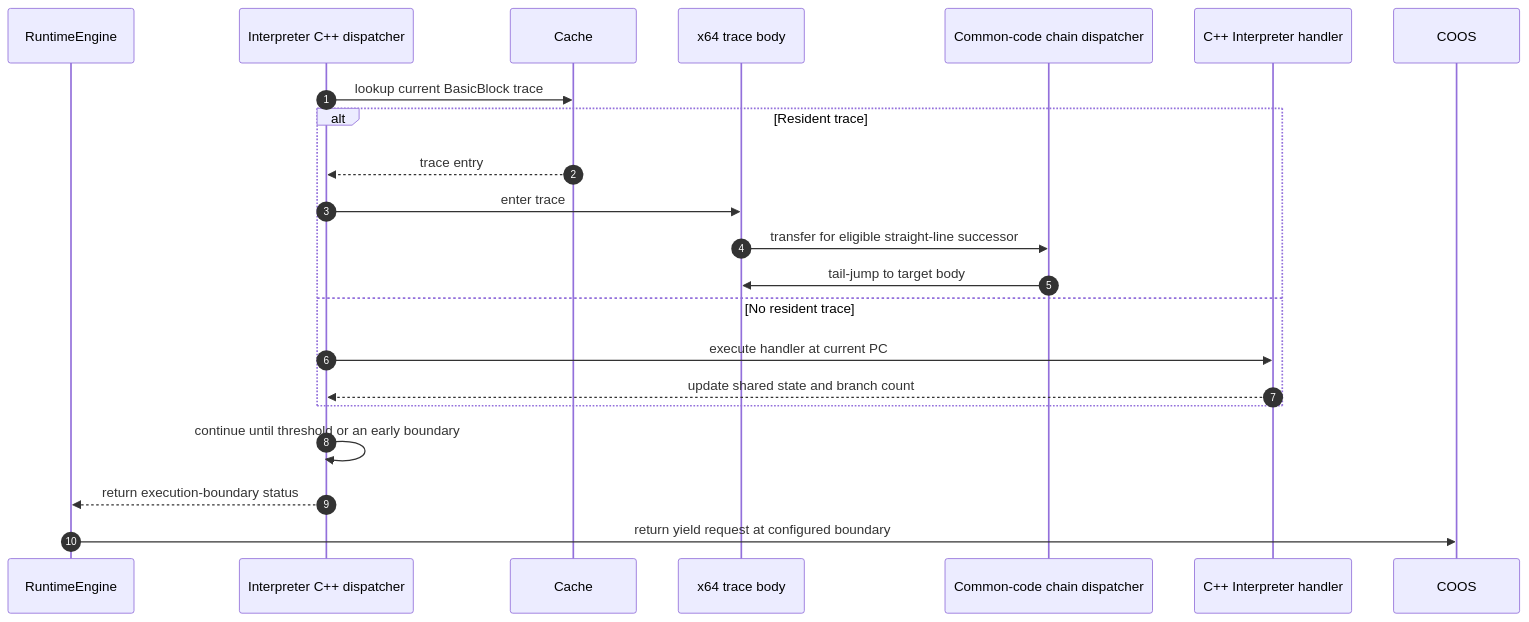
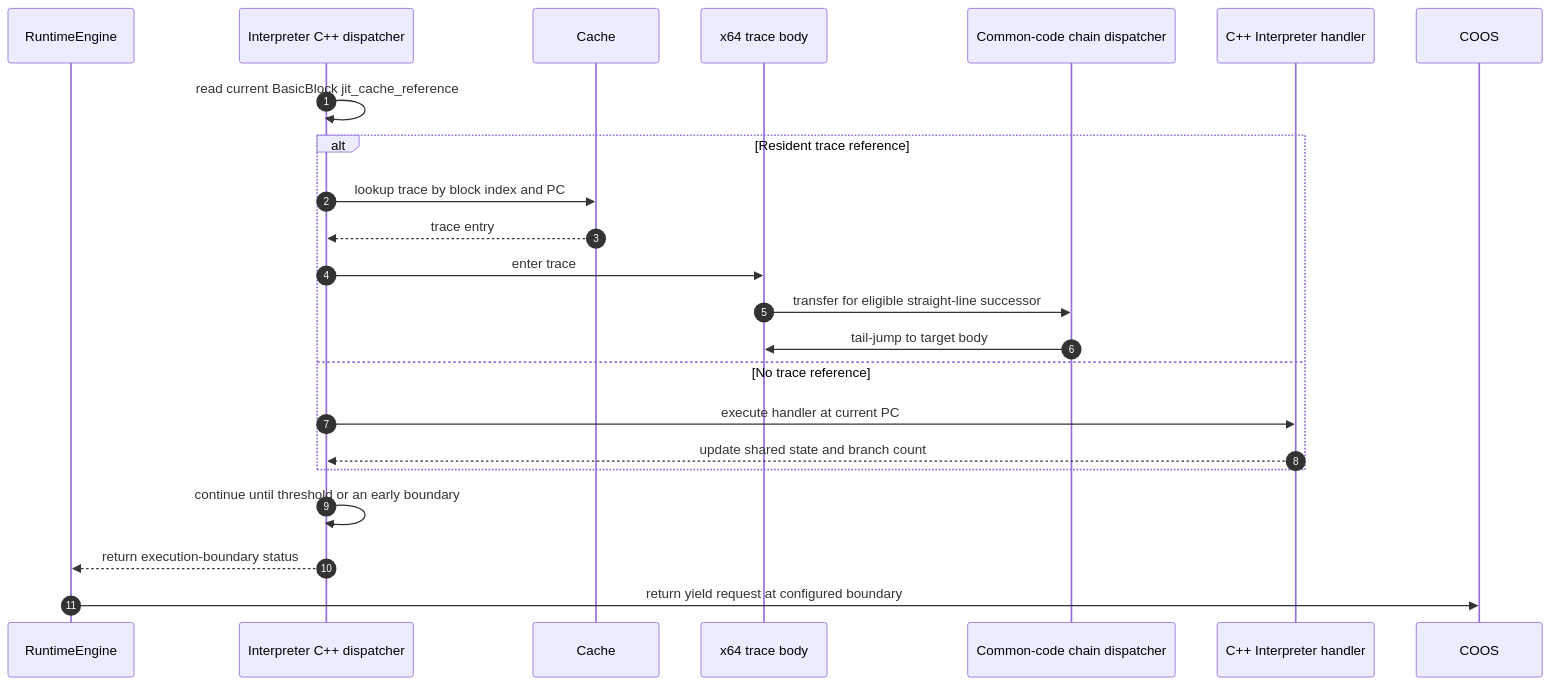
One commit to kmt-t/fireball changed the fourth of 4 diagrams in docs/components/tier3_plugins/jit_compiler.md. Above: the diagram before and after it, drawn with Mermaid. The commit also changed other lines of this file and 3 other files, not shown here.

First line of the commit message:
docs(jit): state the record-based lookup and observe conditions

````diff
--- a/docs/components/tier3_plugins/jit_compiler.md
+++ b/docs/components/tier3_plugins/jit_compiler.md
@@ -321,25 +321,26 @@
 ```mermaid
 sequenceDiagram
     autonumber
     participant R as RuntimeEngine
     participant I as Interpreter C++ dispatcher
     participant C as Cache
     participant T as x64 trace body
     participant D as Common-code chain dispatcher
     participant H as C++ Interpreter handler
     participant O as COOS
 
-    I->>C: lookup current BasicBlock trace
-    alt Resident trace
+    I->>I: read current BasicBlock jit_cache_reference
+    alt Resident trace reference
+        I->>C: lookup trace by block index and PC
         C-->>I: trace entry
         I->>T: enter trace
         T->>D: transfer for eligible straight-line successor
         D->>T: tail-jump to target body
-    else No resident trace
+    else No trace reference
         I->>H: execute handler at current PC
         H-->>I: update shared state and branch count
     end
     I->>I: continue until threshold or an early boundary
     I-->>R: return execution-boundary status
     R->>O: return yield request at configured boundary
 ```
````
